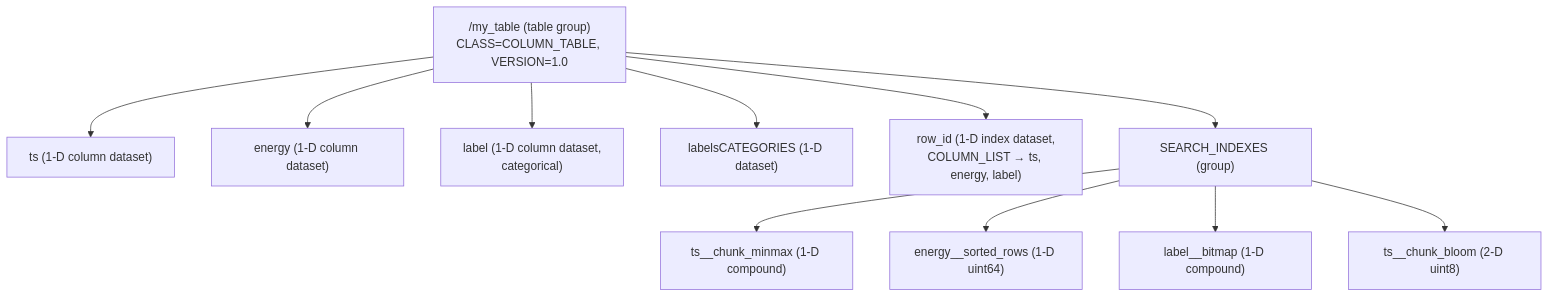
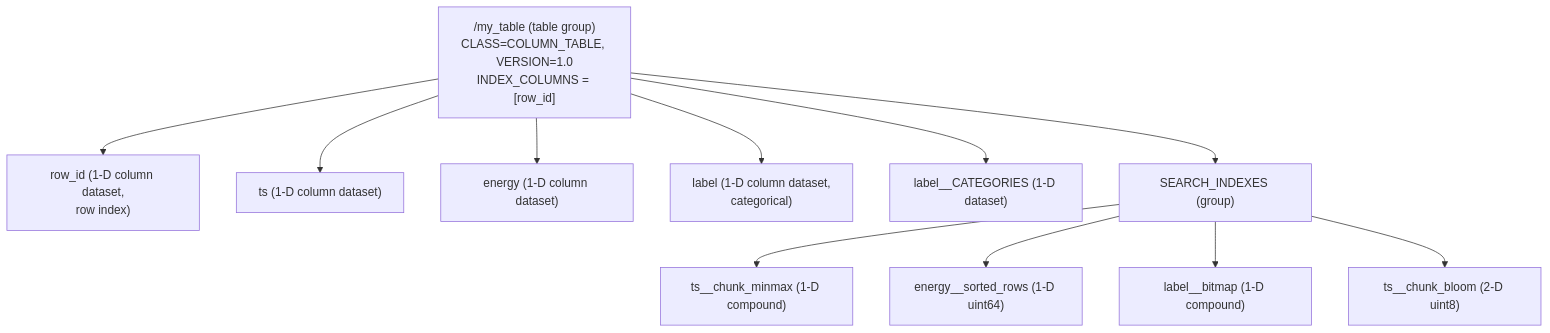
The second of 8 diagrams in HEP001/index.md (HDFAlliance/heps), drawn with Mermaid before and after one commit. The commit also changed other lines of this file, not shown here.

````diff
--- a/HEP001/index.md
+++ b/HEP001/index.md
@@ -251,14 +254,14 @@
 ```{mermaid}
 graph TD
-  TG["/my_table (table group)<br/>CLASS=COLUMN_TABLE, VERSION=1.0"]
+  TG["/my_table (table group)<br/>CLASS=COLUMN_TABLE, VERSION=1.0<br/>INDEX_COLUMNS = [row_id]"]
+  TG --> c0["row_id (1-D column dataset,<br/>row index)"]
   TG --> c1["ts (1-D column dataset)"]
   TG --> c2["energy (1-D column dataset)"]
   TG --> c3["label (1-D column dataset,<br/>categorical)"]
-  TG --> c4["labelsCATEGORIES (1-D dataset)"]
-  TG --> ix["row_id (1-D index dataset,<br/>COLUMN_LIST &rarr; ts, energy, label)"]
+  TG --> c4["label__CATEGORIES (1-D dataset)"]
   TG --> SI["SEARCH_INDEXES (group)"]
   SI --> mm["ts__chunk_minmax (1-D compound)"]
   SI --> sr["energy__sorted_rows (1-D uint64)"]
   SI --> bm["label__bitmap (1-D compound)"]
   SI --> bf["ts__chunk_bloom (2-D uint8)"]
 ```
````
